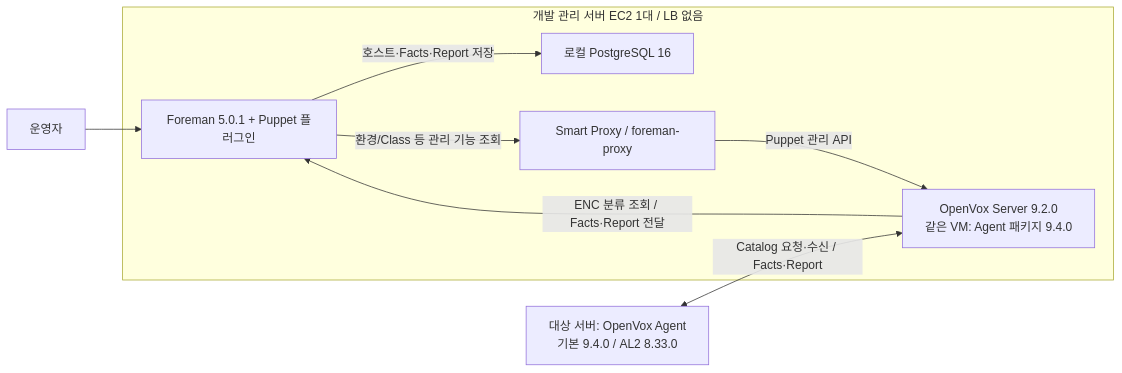
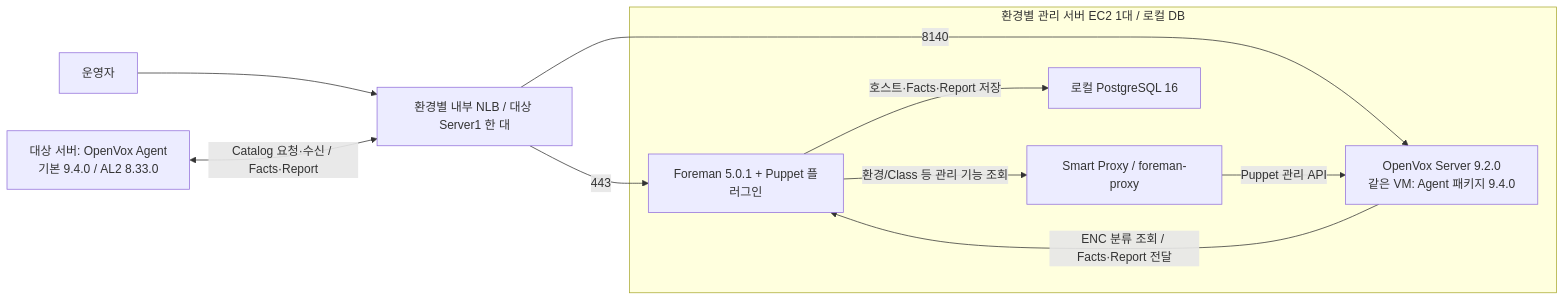
The first of 5 diagrams in foreman-puppet/docs/ARCHITECTURE_GUIDE.md (heyoon2j/y2-devops-lab), drawn with Mermaid before and after one commit. The commit also changed other lines of this file and 12 other files, not shown here.

````diff
--- a/foreman-puppet/docs/ARCHITECTURE_GUIDE.md
+++ b/foreman-puppet/docs/ARCHITECTURE_GUIDE.md
@@ -29,17 +29,19 @@
 ```mermaid
 flowchart LR
-    U["운영자"] --> F
-    subgraph M["개발 관리 서버 EC2 1대 / LB 없음"]
+    U["운영자"] --> L["환경별 내부 NLB / 대상 Server1 한 대"]
+    L -->|"443"| F
+    L -->|"8140"| P
+    subgraph M["환경별 관리 서버 EC2 1대 / 로컬 DB"]
         F["Foreman 5.0.1 + Puppet 플러그인"]
         S["Smart Proxy / foreman-proxy"]
         P["OpenVox Server 9.2.0
 같은 VM: Agent 패키지 9.4.0"]
         D["로컬 PostgreSQL 16"]
         F -->|"호스트·Facts·Report 저장"| D
         F -->|"환경/Class 등 관리 기능 조회"| S
         S -->|"Puppet 관리 API"| P
         P -->|"ENC 분류 조회 / Facts·Report 전달"| F
     end
     A["대상 서버: OpenVox Agent
-기본 9.4.0 / AL2 8.33.0"] <-->|"Catalog 요청·수신 / Facts·Report"| P
+기본 9.4.0 / AL2 8.33.0"] <-->|"Catalog 요청·수신 / Facts·Report"| L
 ```
````
